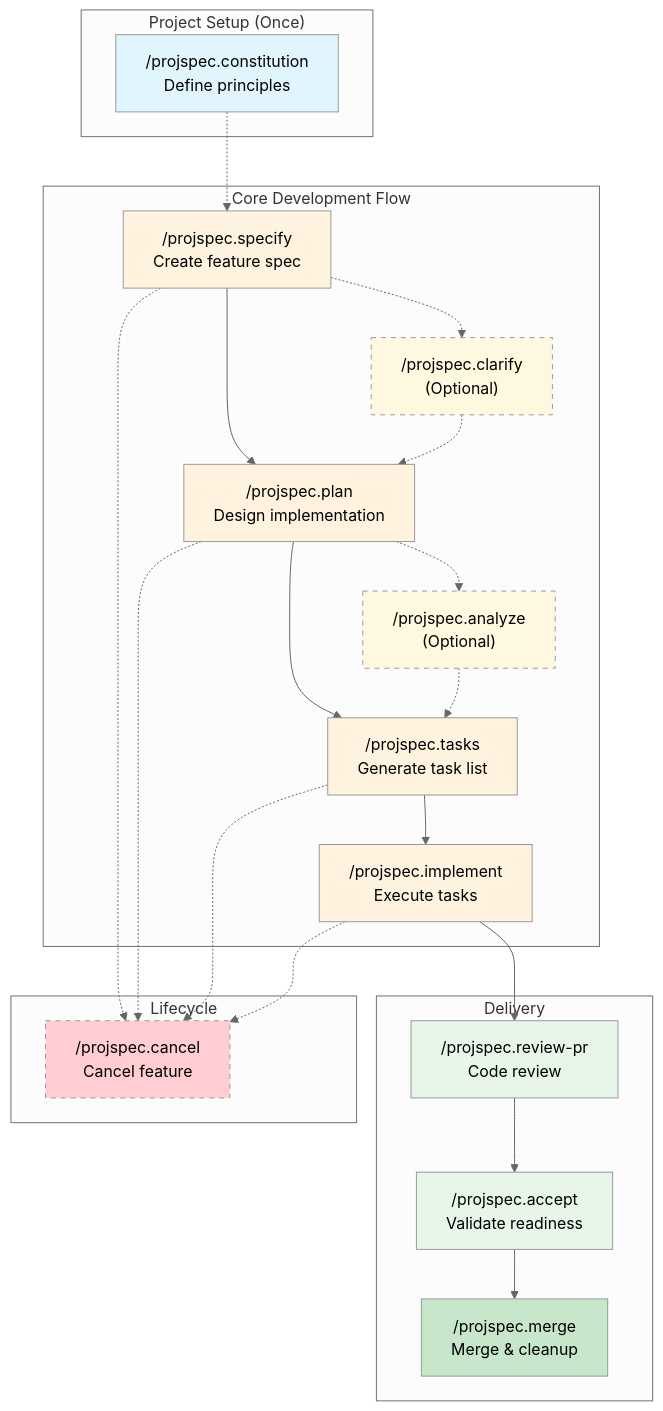
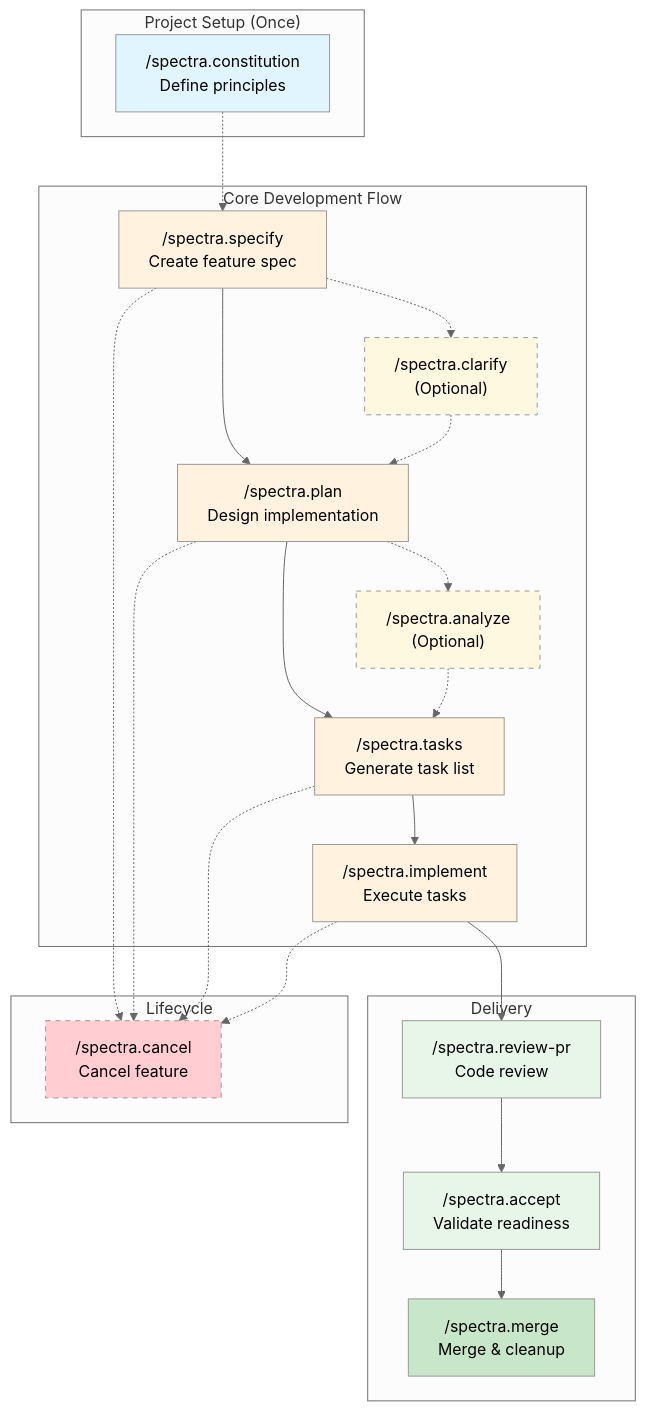
Before and after one commit to liorfranko/Spectra: the diagram in README.md, drawn with Mermaid (neutral theme). The commit also changed other lines of this file and 83 other files, not shown here.

First line of the commit message:
feat: Rename project from ProjSpec to Spectra (BREAKING CHANGE)

````diff
--- a/README.md
+++ b/README.md
@@ -38,54 +38,54 @@
 ```mermaid
 flowchart TD
     subgraph setup["Project Setup (Once)"]
-        constitution["/projspec.constitution<br/>Define principles"]
+        constitution["/spectra.constitution<br/>Define principles"]
     end
 
     subgraph core["Core Development Flow"]
-        specify["/projspec.specify<br/>Create feature spec"]
-        clarify["/projspec.clarify<br/>(Optional)"]
-        plan["/projspec.plan<br/>Design implementation"]
-        analyze["/projspec.analyze<br/>(Optional)"]
-        tasks["/projspec.tasks<br/>Generate task list"]
-        implement["/projspec.implement<br/>Execute tasks"]
+        specify["/spectra.specify<br/>Create feature spec"]
+        clarify["/spectra.clarify<br/>(Optional)"]
+        plan["/spectra.plan<br/>Design implementation"]
+        analyze["/spectra.analyze<br/>(Optional)"]
+        tasks["/spectra.tasks<br/>Generate task list"]
+        implement["/spectra.implement<br/>Execute tasks"]
     end
 
     subgraph delivery["Delivery"]
-        review["/projspec.review-pr<br/>Code review"]
-        accept["/projspec.accept<br/>Validate readiness"]
-        merge["/projspec.merge<br/>Merge & cleanup"]
+        review["/spectra.review-pr<br/>Code review"]
+        accept["/spectra.accept<br/>Validate readiness"]
+        merge["/spectra.merge<br/>Merge & cleanup"]
     end
 
     subgraph lifecycle["Lifecycle"]
-        cancel["/projspec.cancel<br/>Cancel feature"]
+        cancel["/spectra.cancel<br/>Cancel feature"]
     end
 
     constitution -.-> specify
     specify --> plan
     specify -.-> clarify
     clarify -.-> plan
     plan --> tasks
     plan -.-> analyze
     analyze -.-> tasks
     tasks --> implement
     implement --> review
     review --> accept
     accept --> merge
 
     specify -.-> cancel
     plan -.-> cancel
     tasks -.-> cancel
     implement -.-> cancel
 
     style constitution fill:#e1f5fe
     style specify fill:#fff3e0
     style clarify fill:#fff8e1,stroke-dasharray: 5 5
     style plan fill:#fff3e0
     style analyze fill:#fff8e1,stroke-dasharray: 5 5
     style tasks fill:#fff3e0
     style implement fill:#fff3e0
     style review fill:#e8f5e9
     style accept fill:#e8f5e9
     style merge fill:#c8e6c9
     style cancel fill:#ffcdd2,stroke-dasharray: 5 5
 ```
````
